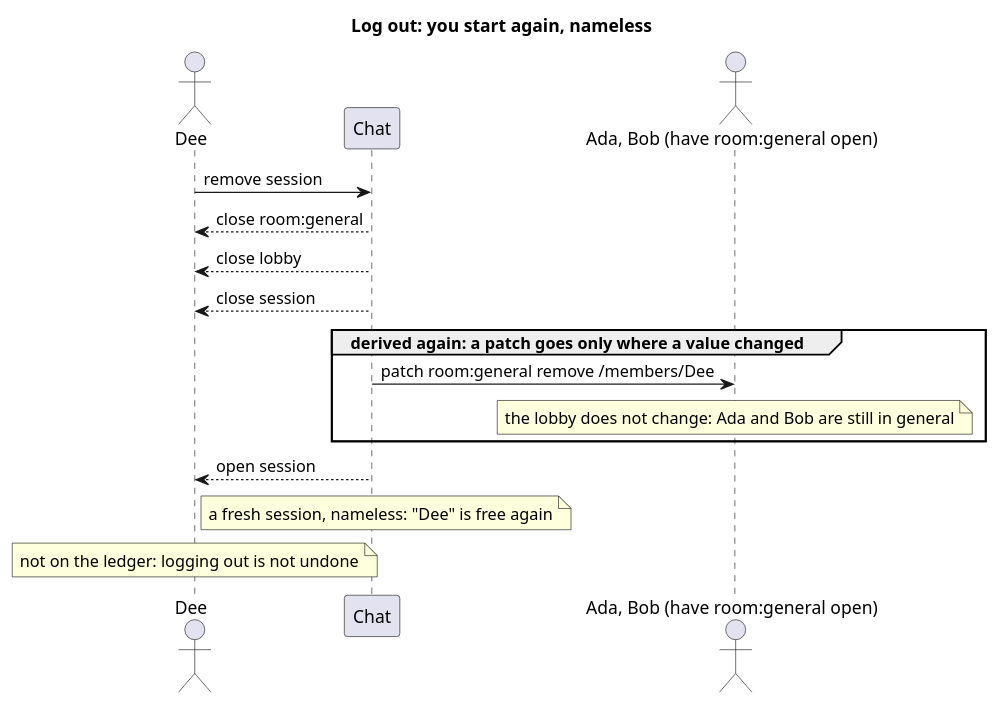
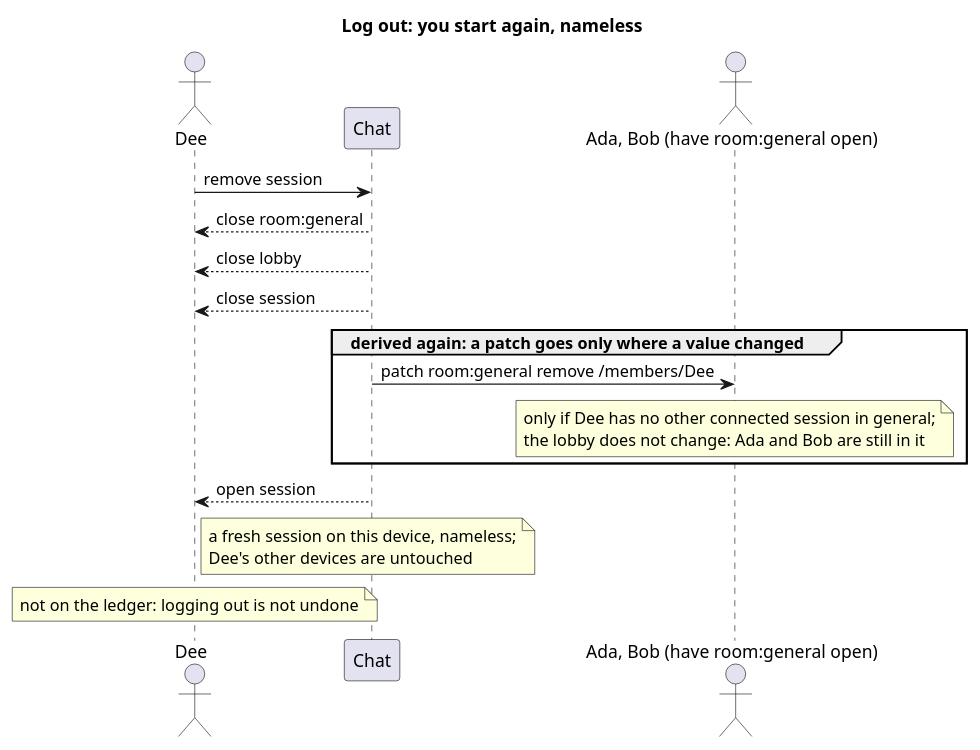
Before and after one commit to blueshed/dzql: the diagram in uml/src/seq-log-out.puml, drawn with PlantUML. The commit also changed 6 other files, not shown here.

Commit message:
uml: a demo, so a person is self-authenticating -- a person is their name; each device has its own session and room; Dee in two rooms on two devices; logging out ends this device's session only

```diff
--- a/uml/src/seq-log-out.puml
+++ b/uml/src/seq-log-out.puml
@@ -1,18 +1,18 @@
 @startuml
 title Log out: you start again, nameless
 actor "Dee" as dee
 participant "Chat" as app
 actor "Ada, Bob (have room:general open)" as room
 
 dee -> app : remove session
 app --> dee : close room:general
 app --> dee : close lobby
 app --> dee : close session
 group derived again: a patch goes only where a value changed
   app -> room : patch room:general remove /members/Dee
-  note over room : the lobby does not change: Ada and Bob are still in general
+  note over room : only if Dee has no other connected session in general;\nthe lobby does not change: Ada and Bob are still in it
 end
 app --> dee : open session
-note right of dee : a fresh session, nameless: "Dee" is free again
+note right of dee : a fresh session on this device, nameless;\nDee's other devices are untouched
 note over dee : not on the ledger: logging out is not undone
 @enduml
```
